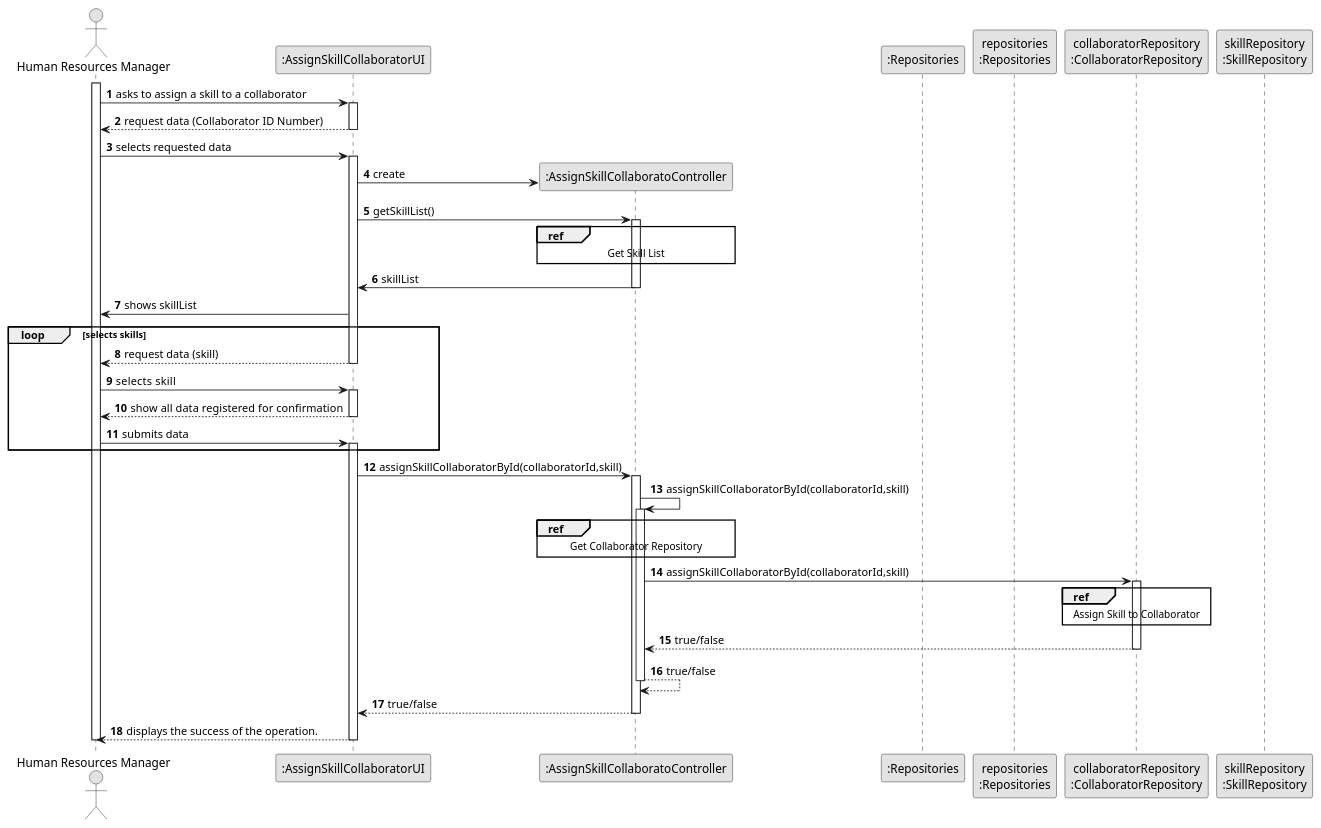
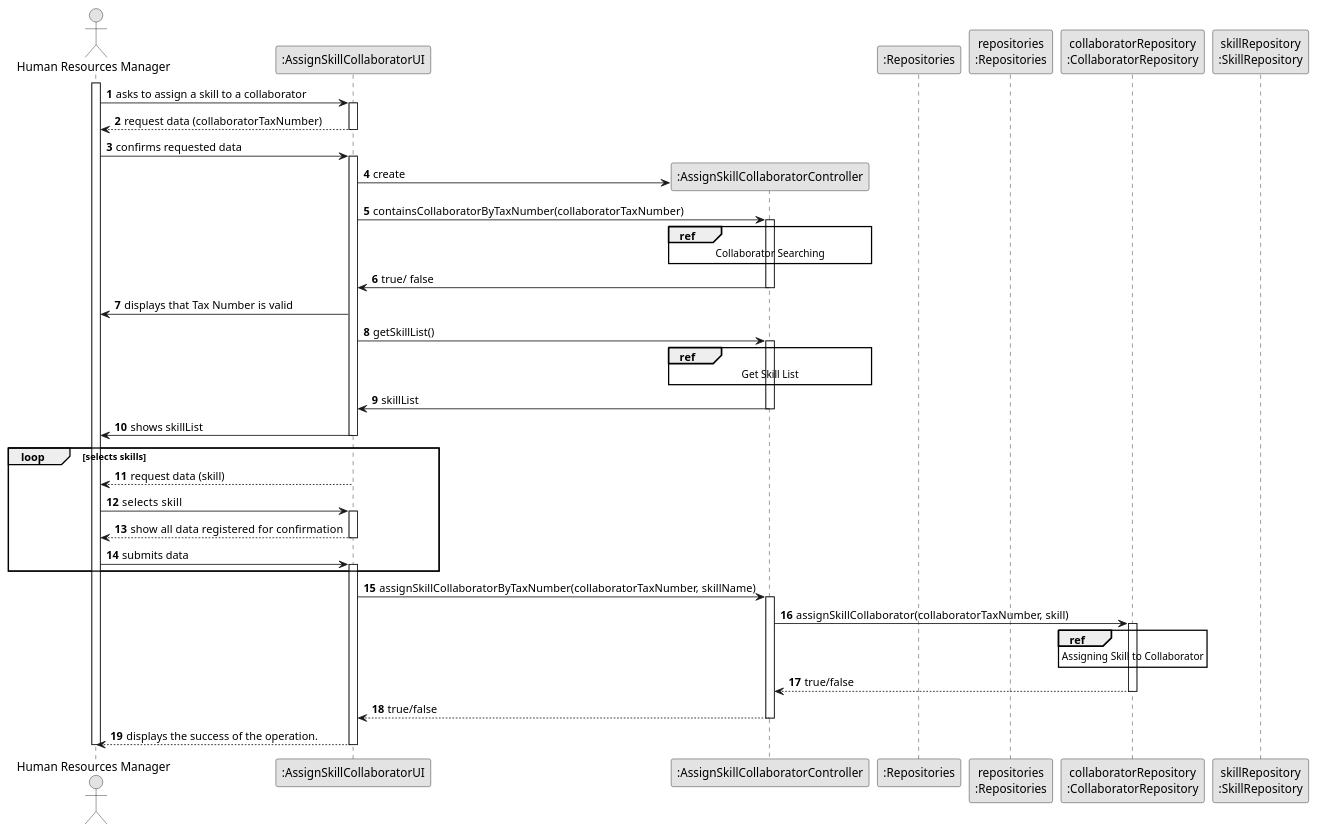
The diagram in docs/sprintB/us004/03.design/puml/us004-sequence-diagram-split.puml (SAEmanuel/Green_Spaces_Management_ISEP), drawn with PlantUML before and after one commit. The commit also changed 31 other files, not shown here.

```diff
--- a/docs/sprintB/us004/03.design/puml/us004-sequence-diagram-split.puml
+++ b/docs/sprintB/us004/03.design/puml/us004-sequence-diagram-split.puml
@@ -1,110 +1,126 @@
 @startuml
 skinparam monochrome true
 skinparam packageStyle rectangle
 skinparam shadowing false
 
 autonumber
 
 'hide footbox
 actor "Human Resources Manager" as HRM
 participant ":AssignSkillCollaboratorUI" as UI
-participant ":AssignSkillCollaboratoController" as CTRL
+participant ":AssignSkillCollaboratorController" as CTRL
 participant ":Repositories" as RepositorySingleton
 participant "repositories\n:Repositories" as PLAT
 participant "collaboratorRepository\n:CollaboratorRepository" as collaboratorRepository
 participant "skillRepository\n:SkillRepository" as skillRepository
 
 activate HRM
 
         HRM -> UI : asks to assign a skill to a collaborator
 
 
         activate UI
 
-        UI --> HRM : request data (Collaborator ID Number)
+        UI --> HRM : request data (collaboratorTaxNumber)
         deactivate UI
 
 
-        HRM -> UI : selects requested data
+        HRM -> UI : confirms requested data
         activate UI
 
         UI -> CTRL** : create
+         UI -> CTRL : containsCollaboratorByTaxNumber(collaboratorTaxNumber)
+             activate CTRL
 
-        UI -> CTRL : getSkillList()
-        activate CTRL
+                ref over CTRL
+                Collaborator Searching
+                end
+
+                CTRL -> UI : true/ false
+                deactivate CTRL
 
 
-        ref over CTRL
-            Get Skill List
-        end
+
+
+
+                                UI -> HRM : displays that Tax Number is valid
+deactivate CTRL
+                                UI -> CTRL : getSkillList()
+            activate CTRL
+
+            ref over CTRL
+                            Get Skill List
+                            end
+
 
             CTRL -> UI :  skillList
-            deactivate CTRL
+
+        deactivate CTRL
             UI -> HRM : shows skillList
+            deactivate UI
 
 
 
 
 
 
     loop selects skills
 
         UI --> HRM : request data (skill)
         deactivate UI
 
 
         HRM -> UI : selects  skill
         activate UI
 
 
         UI --> HRM : show all data registered  for confirmation
         deactivate UI
 
         HRM -> UI : submits data
             activate UI
     end
 
 
 
 
 
 
 
-            UI -> CTRL : assignSkillCollaboratorById(collaboratorId,skill)
+            UI -> CTRL :assignSkillCollaboratorByTaxNumber(collaboratorTaxNumber, skillName)
             activate CTRL
 
 
-            CTRL -> CTRL : assignSkillCollaboratorById(collaboratorId,skill)
-                    activate CTRL
+                        CTRL -> collaboratorRepository :assignSkillCollaborator(collaboratorTaxNumber, skill)
+                        activate collaboratorRepository
 
-                        ref over CTRL
-                            Get Collaborator Repository
+                        ref over collaboratorRepository
+                                Assigning Skill to Collaborator
                         end
 
 
-                        CTRL -> collaboratorRepository : assignSkillCollaboratorById(collaboratorId,skill)
-                        activate collaboratorRepository
 
 
 
-                        ref over collaboratorRepository
-                            Assign Skill to Collaborator
-                        end
+
+
+
 
                         collaboratorRepository --> CTRL : true/false
                         deactivate collaboratorRepository
 
-                        CTRL --> CTRL : true/false
-                        deactivate CTRL
+
+
 
 
 
 
                 CTRL --> UI: true/false
+
                 deactivate CTRL
                 UI --> HRM: displays the success of the operation.
 
         deactivate UI
     deactivate HRM
 
 @enduml
```
